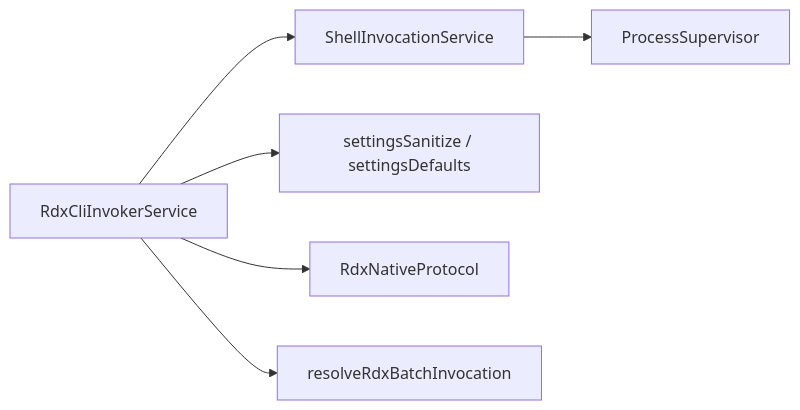
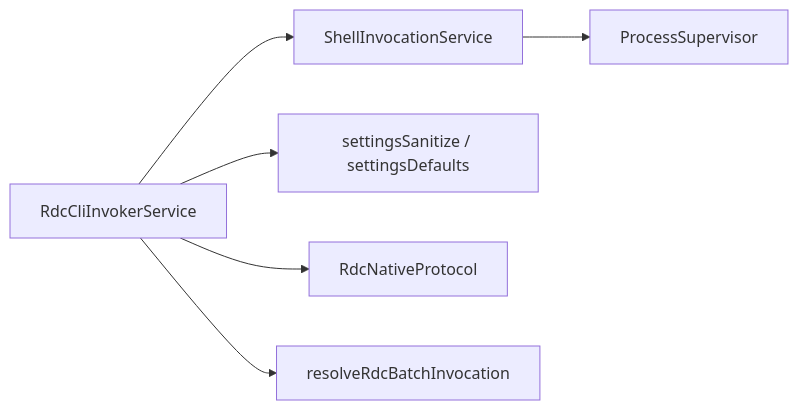
Before and after one commit to haolange/RDC-Agent: the fifth of 5 diagrams in .qoder/repowiki/zh/content/用户界面/设置面板/工具设置.md, drawn with Mermaid. The commit also changed other lines of this file and 557 other files, not shown here.

````diff
--- a/.qoder/repowiki/zh/content/用户界面/设置面板/工具设置.md
+++ b/.qoder/repowiki/zh/content/用户界面/设置面板/工具设置.md
@@ -232,8 +232,8 @@
 ```mermaid
 graph LR
-A["RdxCliInvokerService"] --> B["ShellInvocationService"]
+A["RdcCliInvokerService"] --> B["ShellInvocationService"]
 B --> C["ProcessSupervisor"]
 A --> D["settingsSanitize / settingsDefaults"]
-A --> E["RdxNativeProtocol"]
-A --> F["resolveRdxBatchInvocation"]
+A --> E["RdcNativeProtocol"]
+A --> F["resolveRdcBatchInvocation"]
 ```
````
